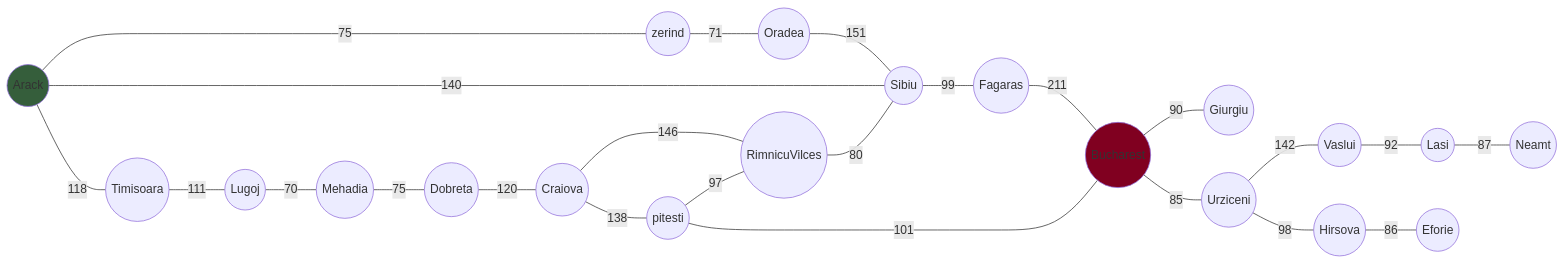
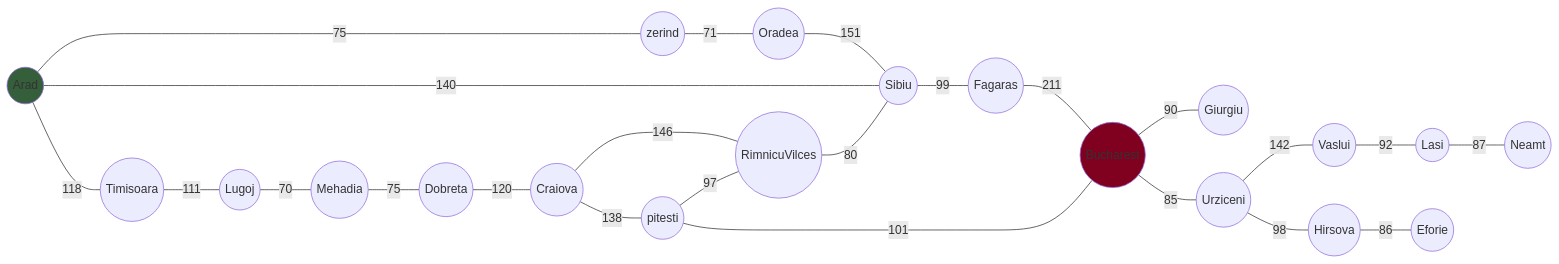
Before and after one commit to whereisfarukk/Studymaterial: the diagram in Semester 3-1/Artificial Inteligence/README.md, drawn with Mermaid.

````diff
--- a/Semester 3-1/Artificial Inteligence/README.md
+++ b/Semester 3-1/Artificial Inteligence/README.md
@@ -4,41 +4,41 @@
 ```mermaid
 flowchart LR;
-1((Arack))
+1((Arad))
 2((zerind))
 3((Oradea))
 4((Sibiu))
 5((Timisoara))
 6((Lugoj))
 7((Mehadia))
 8((Dobreta))
 9((Craiova))
 10((RimnicuVilces))
 11((pitesti))
 12((Fagaras))
 13((Bucharest))
 14((Giurgiu))
 15((Urziceni))
 16((Vaslui))
 17((Lasi))
 18((Neamt))
 19((Hirsova))
 20((Eforie))
 style 1 fill:#355E3B
 style 13 fill:#800020
 1-- 75 ---2
 2-- 71 ---3
 3--151---4
 1--118---5--111---6--70---7--75---8--120---9
 1--140---4
 9--146---10--80---4
 9--138---11--97---10
 4--99---12
 12--211---13
 11--101---13
 13--90---14
 13--85---15
 15--142---16--92---17--87---18
 15--98---19--86---20
 
 
 ```
````
